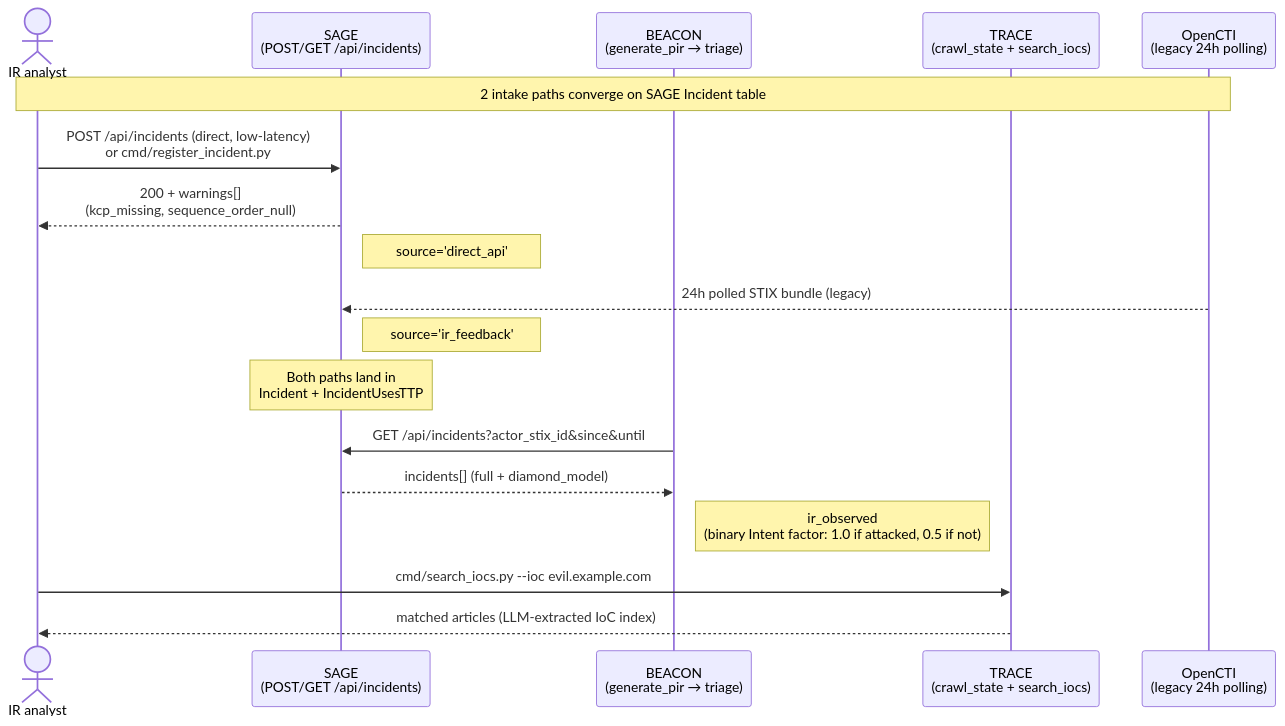
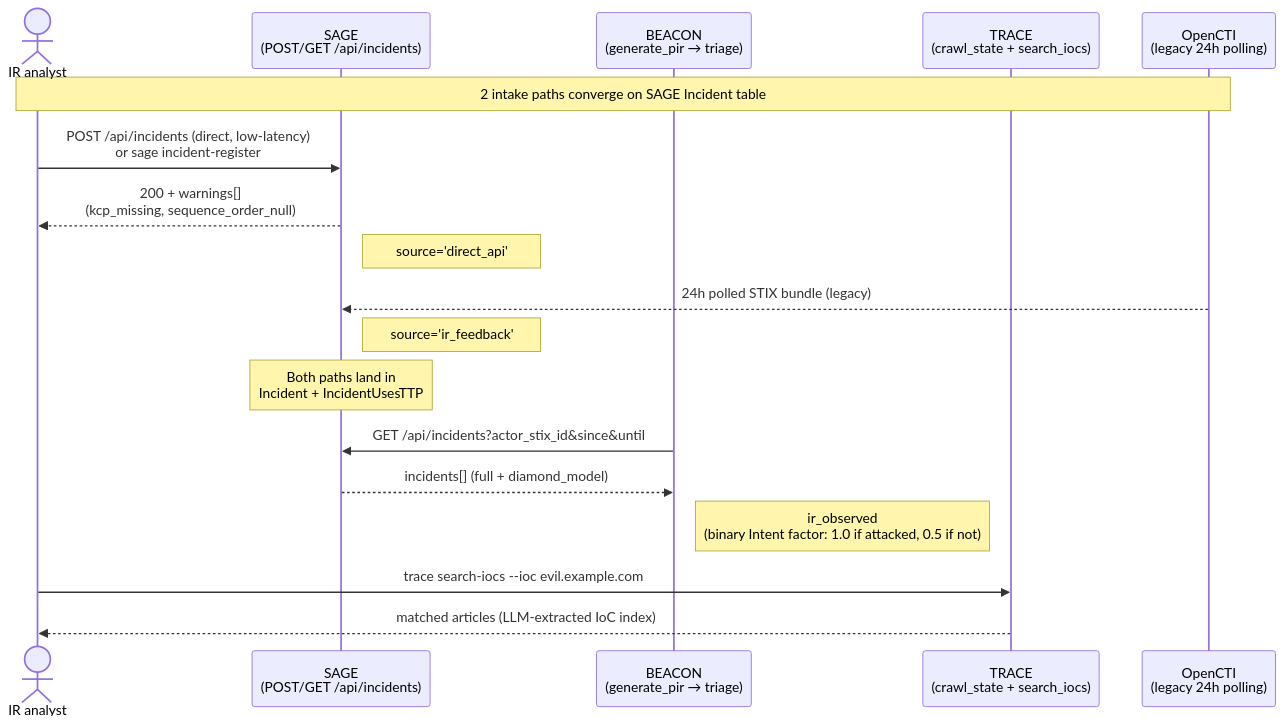
Before and after one commit to sw33t-b1u/sage: the diagram in docs/ir-feedback-flow.md, drawn with Mermaid. The commit also changed other lines of this file and 28 other files, not shown here.

First line of the commit message:
SAGE 1.3.0: retire standalone cmd invocation; unified sage CLI only

````diff
--- a/docs/ir-feedback-flow.md
+++ b/docs/ir-feedback-flow.md
@@ -17,26 +17,26 @@
 ```mermaid
 sequenceDiagram
     actor IR as IR analyst
     participant SAGE as SAGE<br/>(POST/GET /api/incidents)
     participant BEACON as BEACON<br/>(generate_pir → triage)
     participant TRACE as TRACE<br/>(crawl_state + search_iocs)
     participant OpenCTI as OpenCTI<br/>(legacy 24h polling)
 
     Note over IR,OpenCTI: 2 intake paths converge on SAGE Incident table
 
-    IR->>SAGE: POST /api/incidents (direct, low-latency)<br/>or cmd/register_incident.py
+    IR->>SAGE: POST /api/incidents (direct, low-latency)<br/>or sage incident-register
     SAGE-->>IR: 200 + warnings[]<br/>(kcp_missing, sequence_order_null)
     Note right of SAGE: source='direct_api'
 
     OpenCTI-->>SAGE: 24h polled STIX bundle (legacy)
     Note right of SAGE: source='ir_feedback'
 
     Note over SAGE: Both paths land in<br/>Incident + IncidentUsesTTP
 
     BEACON->>SAGE: GET /api/incidents?actor_stix_id&since&until
     SAGE-->>BEACON: incidents[] (full + diamond_model)
     Note right of BEACON: ir_observed<br/>(binary Intent factor: 1.0 if attacked, 0.5 if not)
 
-    IR->>TRACE: cmd/search_iocs.py --ioc evil.example.com
+    IR->>TRACE: trace search-iocs --ioc evil.example.com
     TRACE-->>IR: matched articles (LLM-extracted IoC index)
 ```
````
